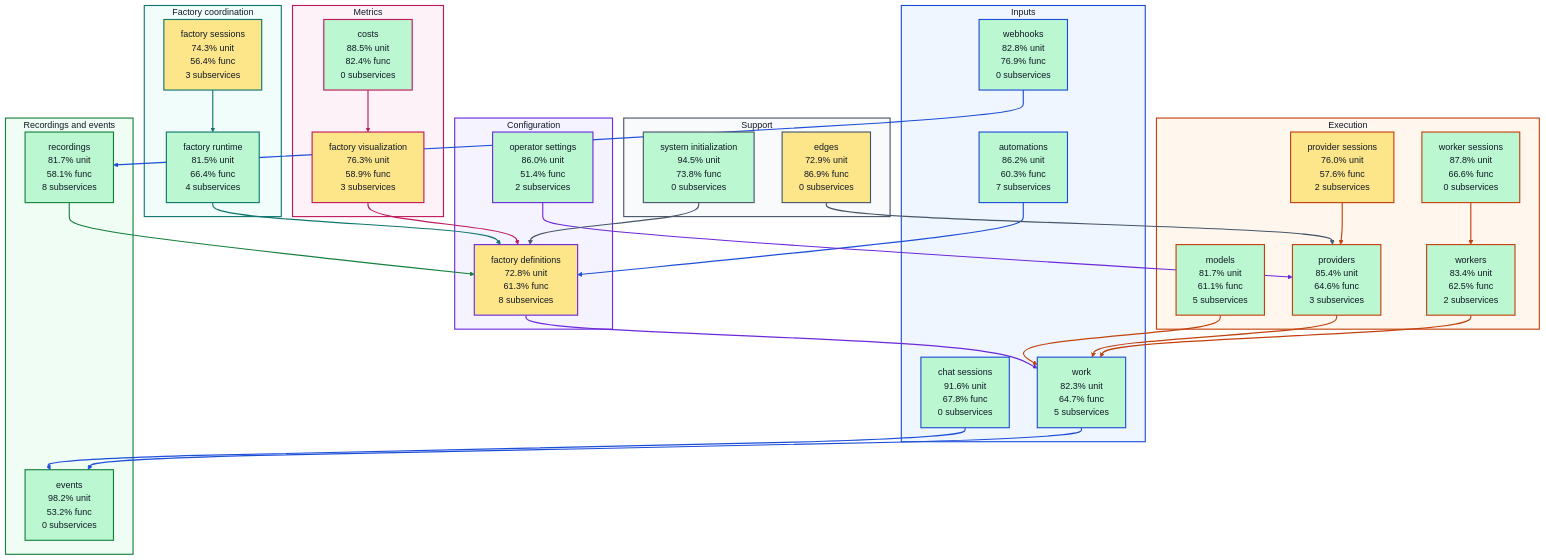
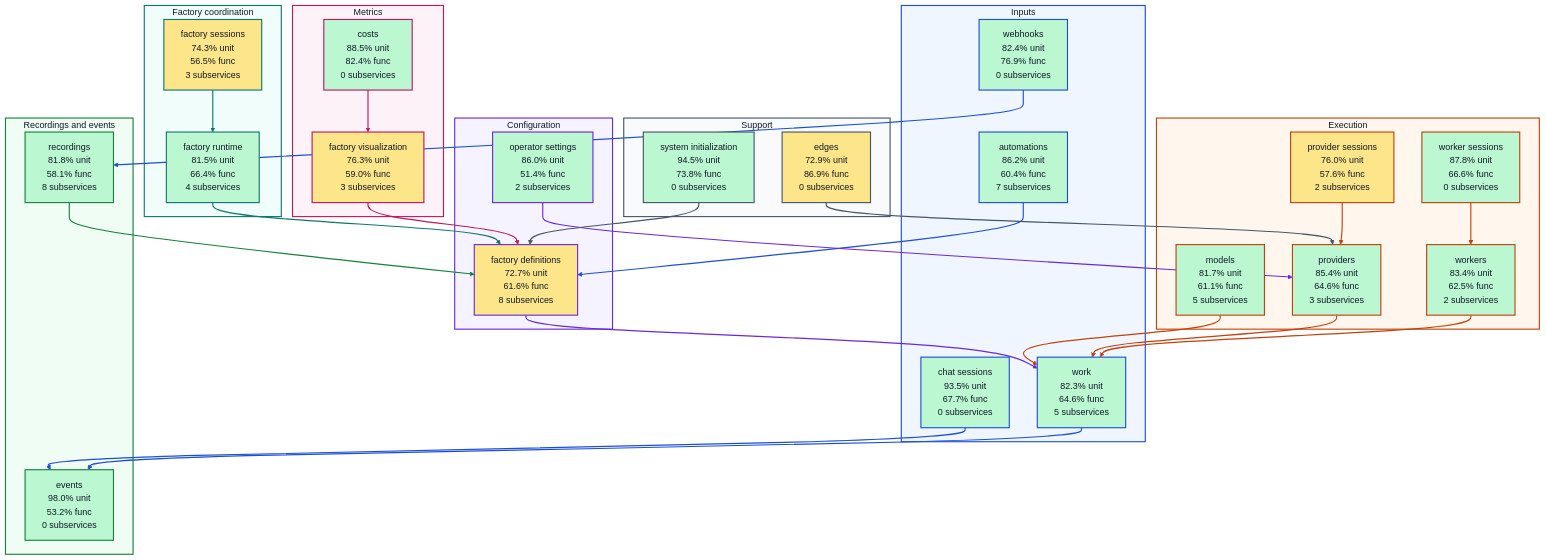
The diagram in docs/architecture/visualizations/high-level-test-coverage.md (portpowered/you-agent-factory), drawn with Mermaid (forest theme) before and after one commit. The commit also changed other lines of this file and 20 other files, not shown here.

Commit message:
docs: refresh backend architecture visualizations

````diff
--- a/docs/architecture/visualizations/high-level-test-coverage.md
+++ b/docs/architecture/visualizations/high-level-test-coverage.md
@@ -11,18 +11,18 @@
 ```mermaid
 flowchart TB
   subgraph input["Inputs"]
-    s_services_automations["automations<br/>86.2% unit<br/>60.3% func<br/>7 subservices"]
-    s_services_chat_sessions["chat sessions<br/>91.6% unit<br/>67.8% func<br/>0 subservices"]
-    s_services_webhooks["webhooks<br/>82.8% unit<br/>76.9% func<br/>0 subservices"]
-    s_services_work["work<br/>82.3% unit<br/>64.7% func<br/>5 subservices"]
+    s_services_automations["automations<br/>86.2% unit<br/>60.4% func<br/>7 subservices"]
+    s_services_chat_sessions["chat sessions<br/>93.5% unit<br/>67.7% func<br/>0 subservices"]
+    s_services_webhooks["webhooks<br/>82.4% unit<br/>76.9% func<br/>0 subservices"]
+    s_services_work["work<br/>82.3% unit<br/>64.6% func<br/>5 subservices"]
   end
   subgraph configuration["Configuration"]
-    s_services_factory_definitions["factory definitions<br/>72.8% unit<br/>61.3% func<br/>8 subservices"]
+    s_services_factory_definitions["factory definitions<br/>72.7% unit<br/>61.6% func<br/>8 subservices"]
     s_services_operator_settings["operator settings<br/>86.0% unit<br/>51.4% func<br/>2 subservices"]
   end
   subgraph coordination["Factory coordination"]
     s_services_factory_runtime["factory runtime<br/>81.5% unit<br/>66.4% func<br/>4 subservices"]
-    s_services_factory_sessions["factory sessions<br/>74.3% unit<br/>56.4% func<br/>3 subservices"]
+    s_services_factory_sessions["factory sessions<br/>74.3% unit<br/>56.5% func<br/>3 subservices"]
   end
   subgraph execution["Execution"]
     s_services_models["models<br/>81.7% unit<br/>61.1% func<br/>5 subservices"]
@@ -32,12 +32,12 @@
     s_services_workers["workers<br/>83.4% unit<br/>62.5% func<br/>2 subservices"]
   end
   subgraph recordings["Recordings and events"]
-    s_services_events["events<br/>98.2% unit<br/>53.2% func<br/>0 subservices"]
-    s_services_recordings["recordings<br/>81.7% unit<br/>58.1% func<br/>8 subservices"]
+    s_services_events["events<br/>98.0% unit<br/>53.2% func<br/>0 subservices"]
+    s_services_recordings["recordings<br/>81.8% unit<br/>58.1% func<br/>8 subservices"]
   end
   subgraph metrics["Metrics"]
     s_services_costs["costs<br/>88.5% unit<br/>82.4% func<br/>0 subservices"]
-    s_services_factory_visualization["factory visualization<br/>76.3% unit<br/>58.9% func<br/>3 subservices"]
+    s_services_factory_visualization["factory visualization<br/>76.3% unit<br/>59.0% func<br/>3 subservices"]
   end
   subgraph support["Support"]
     s_services_edges["edges<br/>72.9% unit<br/>86.9% func<br/>0 subservices"]
````
